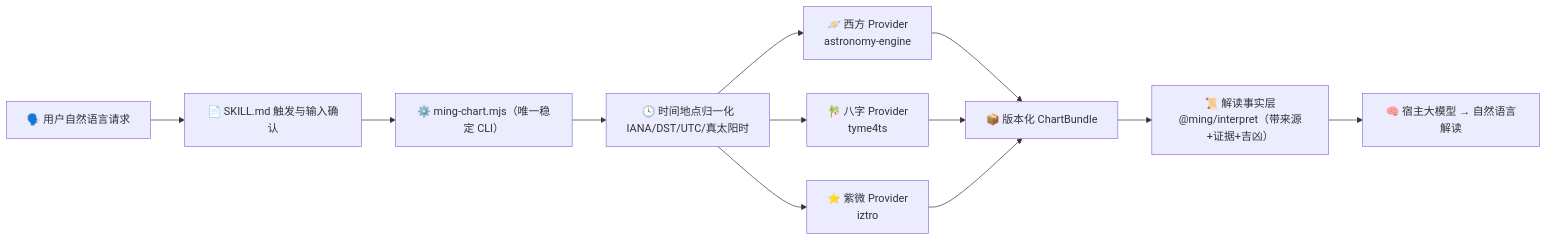
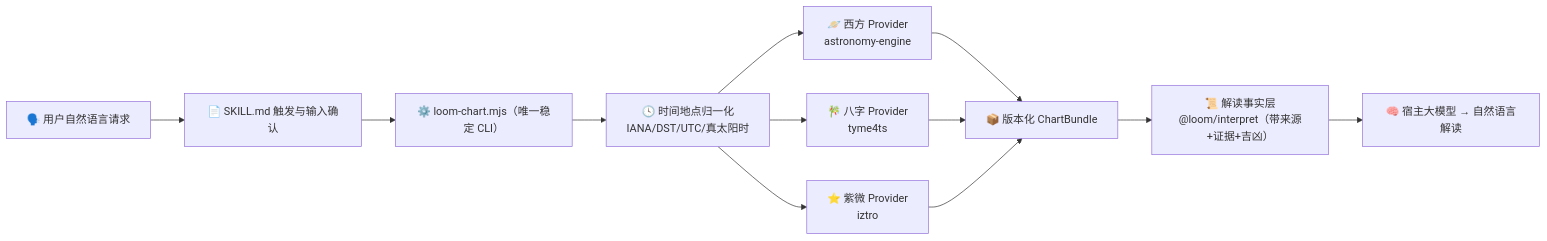
Before and after one commit to Jowitt13/loom-of-heaven: the diagram in README.md, drawn with Mermaid. The commit also changed other lines of this file and 169 other files, not shown here.

Commit message:
chore(rebrand): rename product ming-engine -> loom-of-heaven; CLI loom-chart; packages @loom/*; candidate v0.3.6 (#32)

````diff
--- a/README.md
+++ b/README.md
@@ -87,14 +87,14 @@
 ```mermaid
 flowchart LR
   U["🗣️ 用户自然语言请求"] --> S["📄 SKILL.md 触发与输入确认"]
-  S --> CLI["⚙️ ming-chart.mjs（唯一稳定 CLI）"]
+  S --> CLI["⚙️ loom-chart.mjs（唯一稳定 CLI）"]
   CLI --> T["🕓 时间地点归一化<br/>IANA/DST/UTC/真太阳时"]
   T --> W["🪐 西方 Provider<br/>astronomy-engine"]
   T --> B["🎋 八字 Provider<br/>tyme4ts"]
   T --> Z["⭐ 紫微 Provider<br/>iztro"]
   W --> C["📦 版本化 ChartBundle"]
   B --> C
   Z --> C
-  C --> I["📜 解读事实层<br/>@ming/interpret（带来源+证据+吉凶）"]
+  C --> I["📜 解读事实层<br/>@loom/interpret（带来源+证据+吉凶）"]
   I --> LLM["🧠 宿主大模型 → 自然语言解读"]
 ```
````
